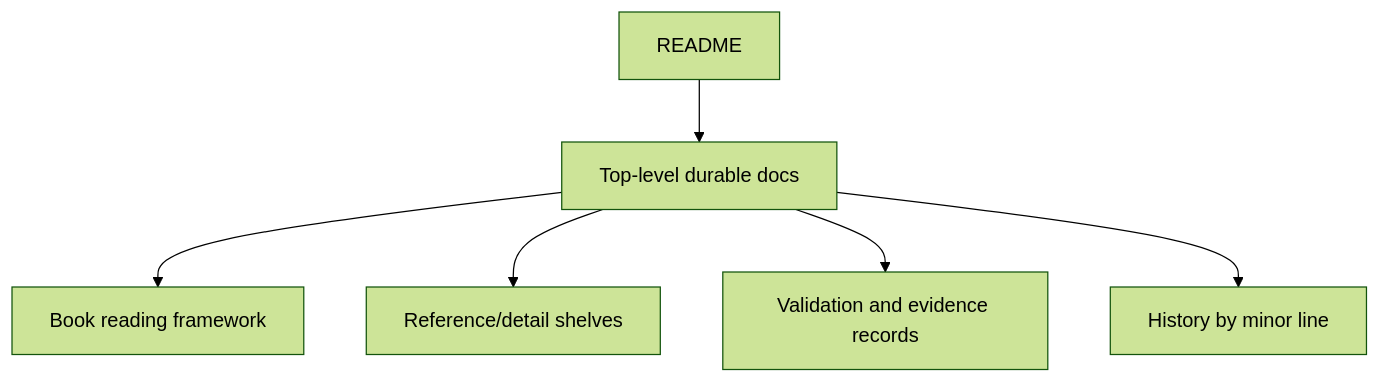
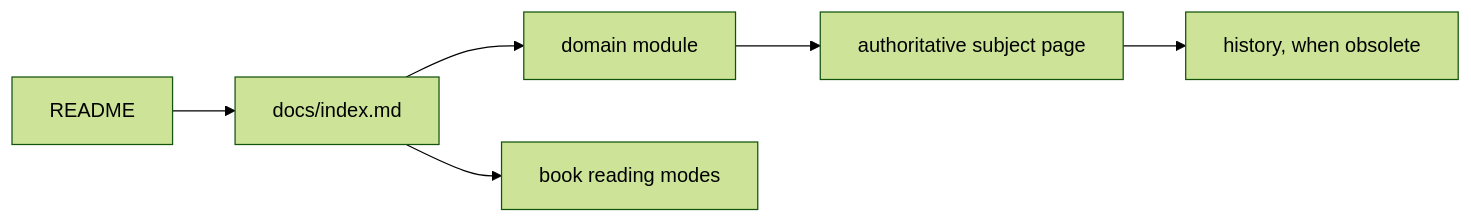
Before and after one commit to Team-silvortex/gewyvern: the diagram in docs/documentation-system.md, drawn with Mermaid (forest theme). The commit also changed other lines of this file and 173 other files, not shown here.

````diff
--- a/docs/documentation-system.md
+++ b/docs/documentation-system.md
@@ -62,8 +8,8 @@
 ```mermaid
-flowchart TD
-    A["README"] --> B["Top-level durable docs"]
-    B --> C["Book reading framework"]
-    B --> D["Reference/detail shelves"]
-    B --> E["Validation and evidence records"]
-    B --> F["History by minor line"]
+flowchart LR
+    R["README"] --> I["docs/index.md"]
+    I --> M["domain module"]
+    M --> D["authoritative subject page"]
+    I --> B["book reading modes"]
+    D --> H["history, when obsolete"]
 ```
````
